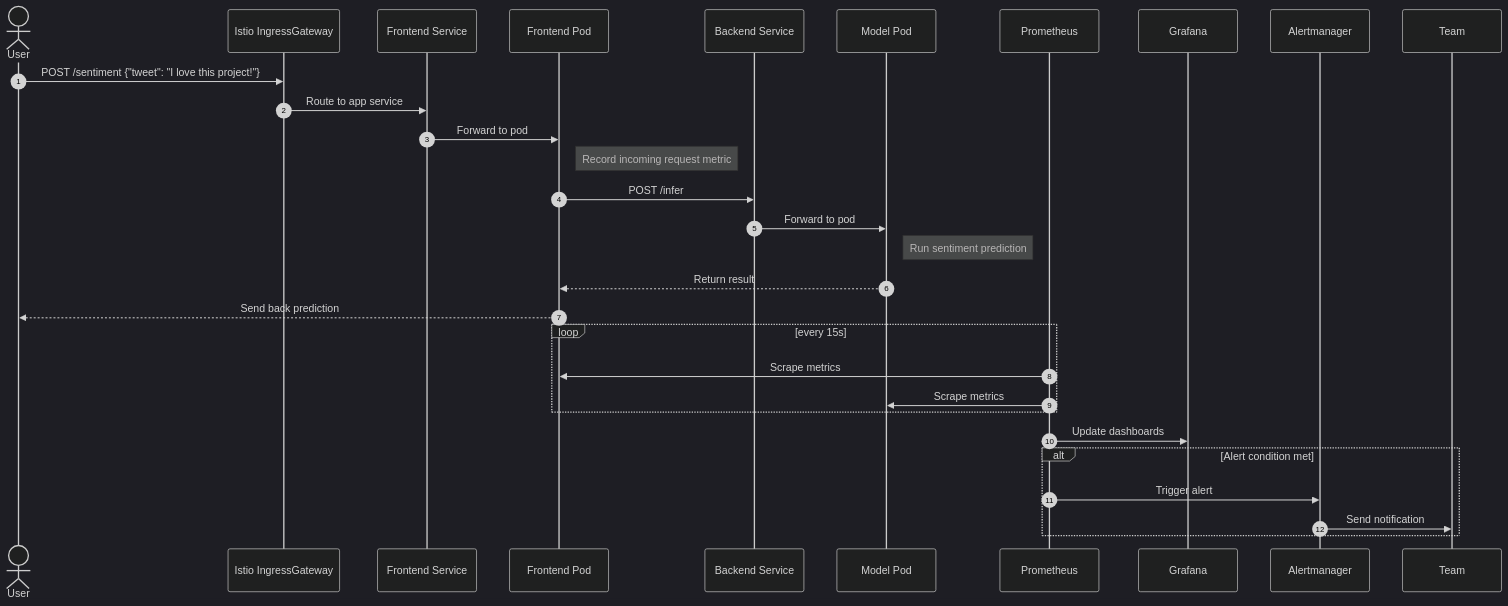
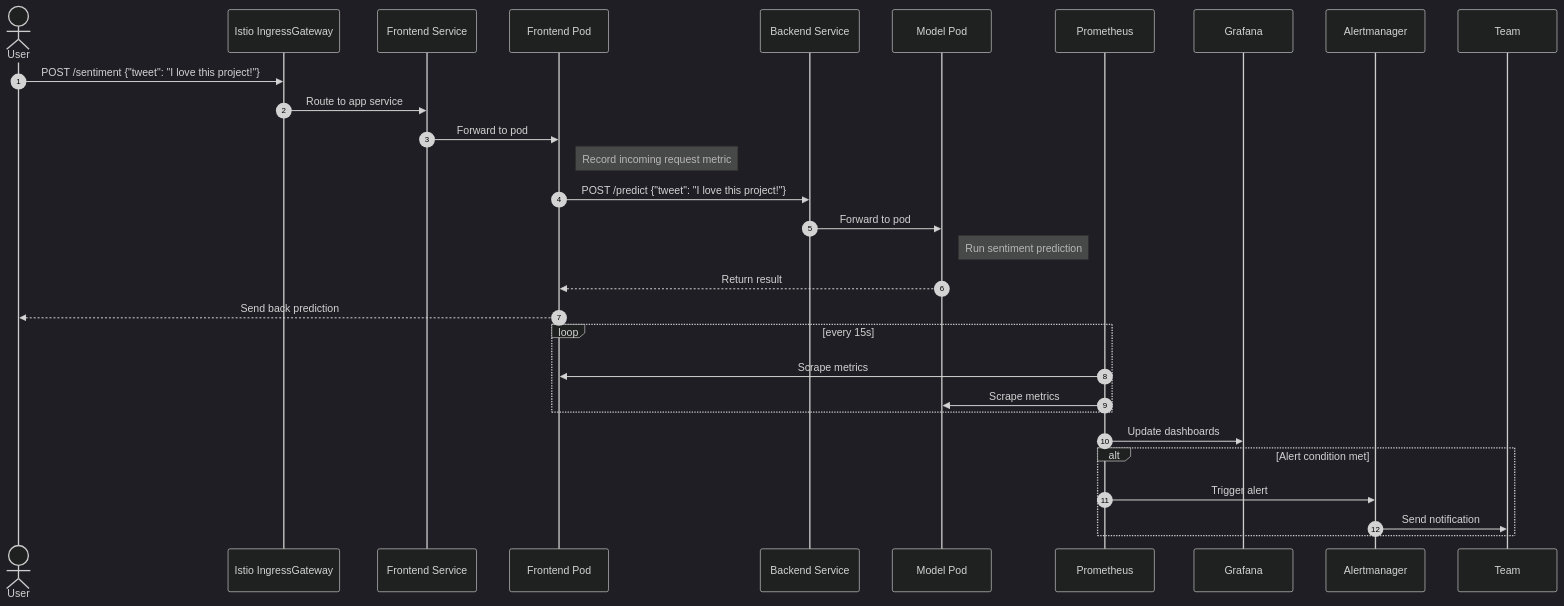
Before and after one commit to remla25-team1/operation: the second of 3 diagrams in docs/deployment.md, drawn with Mermaid (dark theme).

Commit message:
fix to image

````diff
--- a/docs/deployment.md
+++ b/docs/deployment.md
@@ -53,39 +53,39 @@
 ```mermaid
 sequenceDiagram
     autonumber
     actor User
     participant Ingress as Istio IngressGateway
     participant AppService as Frontend Service
     participant AppPod as Frontend Pod
     participant ModelService as Backend Service
     participant ModelPod as Model Pod
     participant Prometheus
     participant Grafana
     participant Alertmanager
 
     User->>Ingress: POST /sentiment {"tweet": "I love this project!"}
     Ingress->>AppService: Route to app service
     AppService->>AppPod: Forward to pod
 
     Note right of AppPod: Record incoming request metric
 
-    AppPod->>ModelService: POST /infer
+    AppPod->>ModelService: POST /predict {"tweet": "I love this project!"}
     ModelService->>ModelPod: Forward to pod
 
     Note right of ModelPod: Run sentiment prediction
 
     ModelPod-->>AppPod: Return result
     AppPod-->>User: Send back prediction
 
     loop every 15s
         Prometheus->>AppPod: Scrape metrics
         Prometheus->>ModelPod: Scrape metrics
     end
 
     Prometheus->>Grafana: Update dashboards
 
     alt Alert condition met
         Prometheus->>Alertmanager: Trigger alert
         Alertmanager->>Team: Send notification
     end
 ```
````
